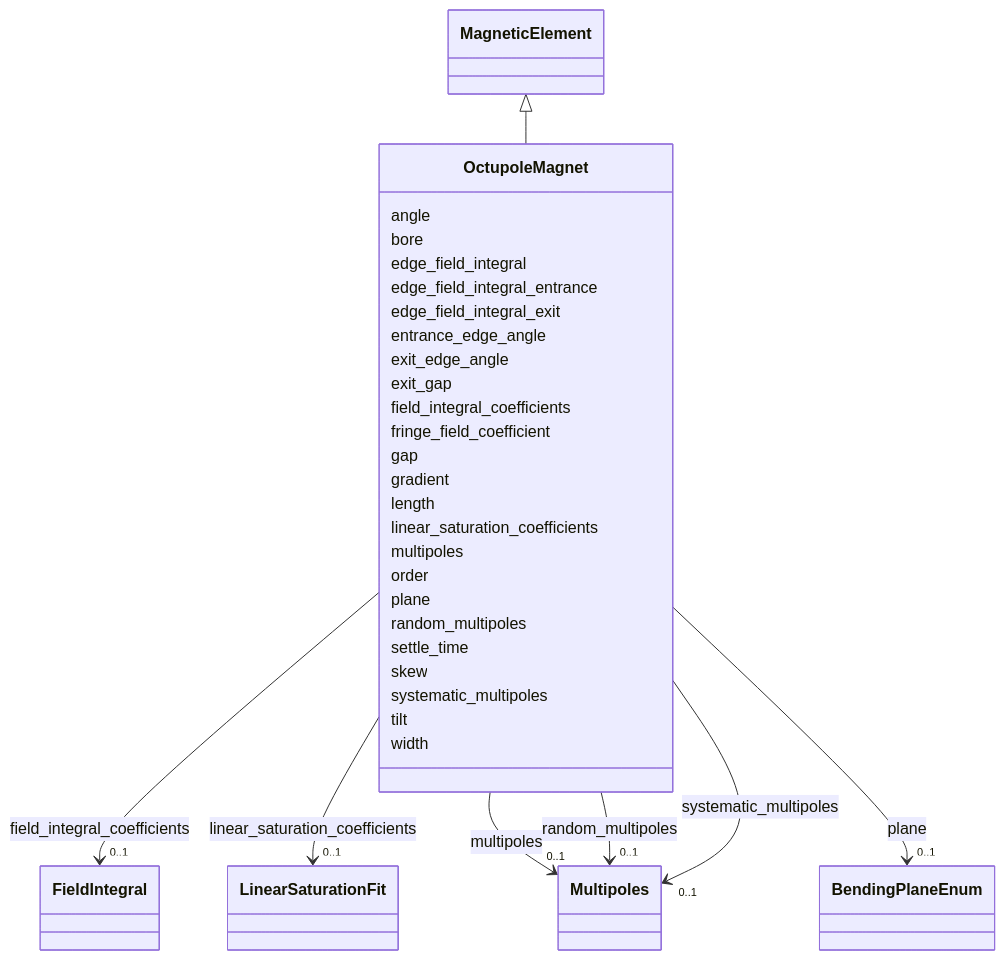
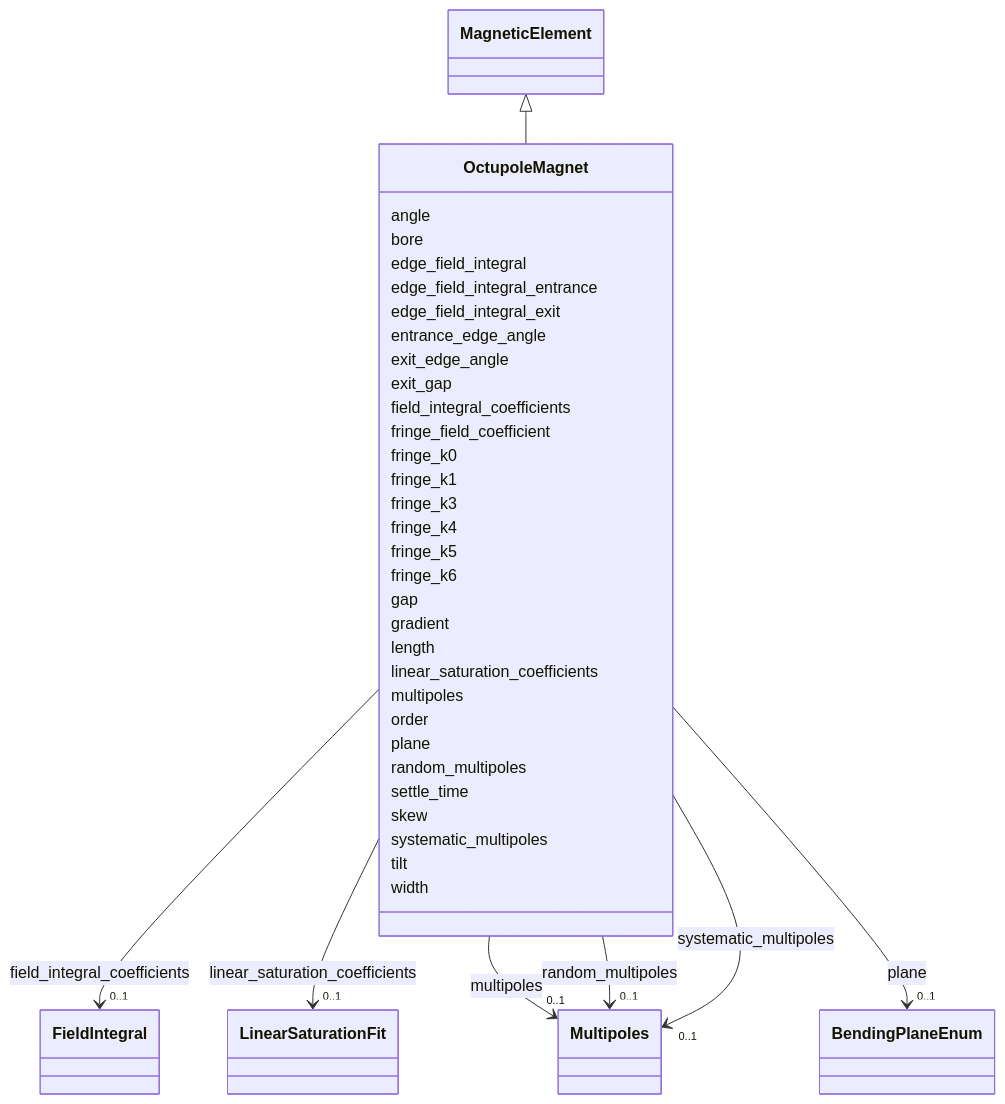
The diagram in docs/source/schema/OctupoleMagnet.md (astec-stfc/laura), drawn with Mermaid before and after one commit. The commit also changed other lines of this file and 42 other files, not shown here.

```diff
--- a/docs/source/schema/OctupoleMagnet.md
+++ b/docs/source/schema/OctupoleMagnet.md
@@ -50,6 +50,18 @@
 
         
       OctupoleMagnet : fringe_field_coefficient
+        
+      OctupoleMagnet : fringe_k0
+        
+      OctupoleMagnet : fringe_k1
+        
+      OctupoleMagnet : fringe_k3
+        
+      OctupoleMagnet : fringe_k4
+        
+      OctupoleMagnet : fringe_k5
+        
+      OctupoleMagnet : fringe_k6
         
       OctupoleMagnet : gap
         
```
